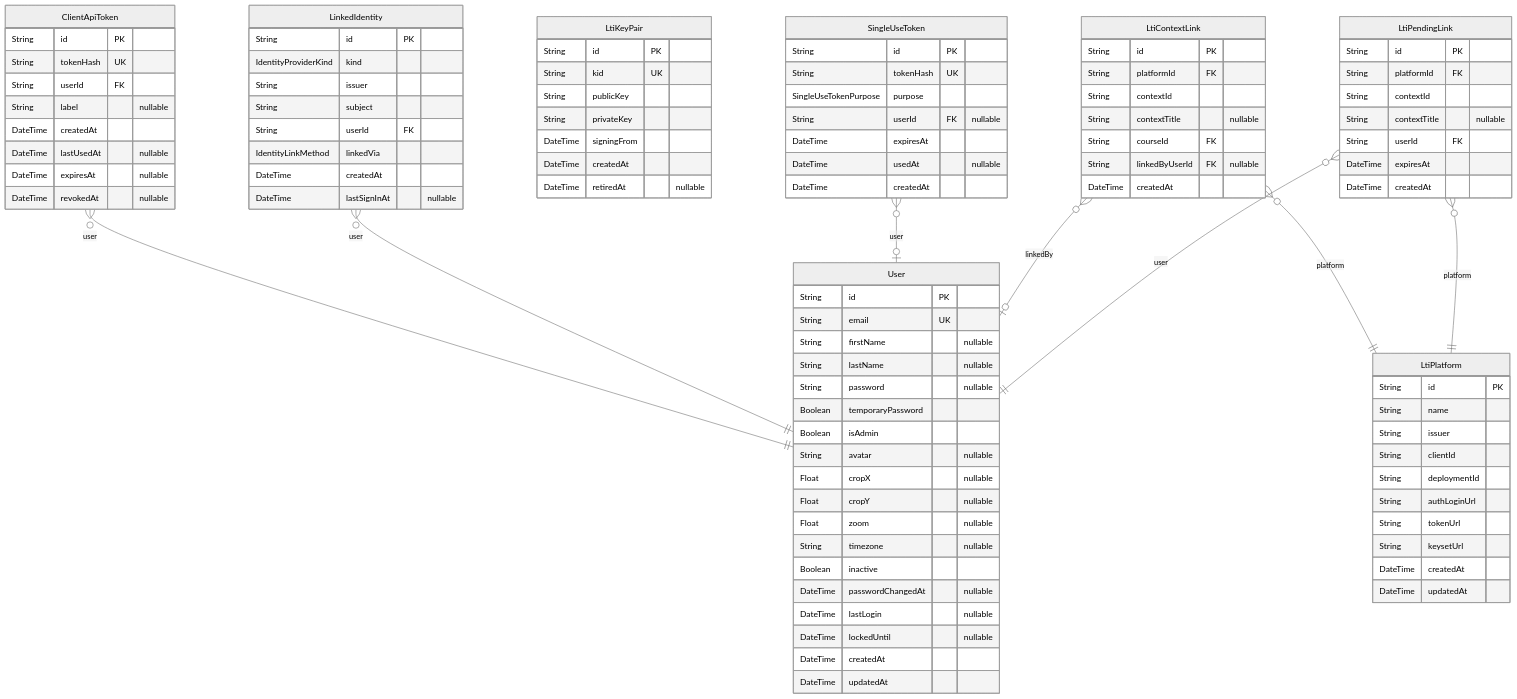
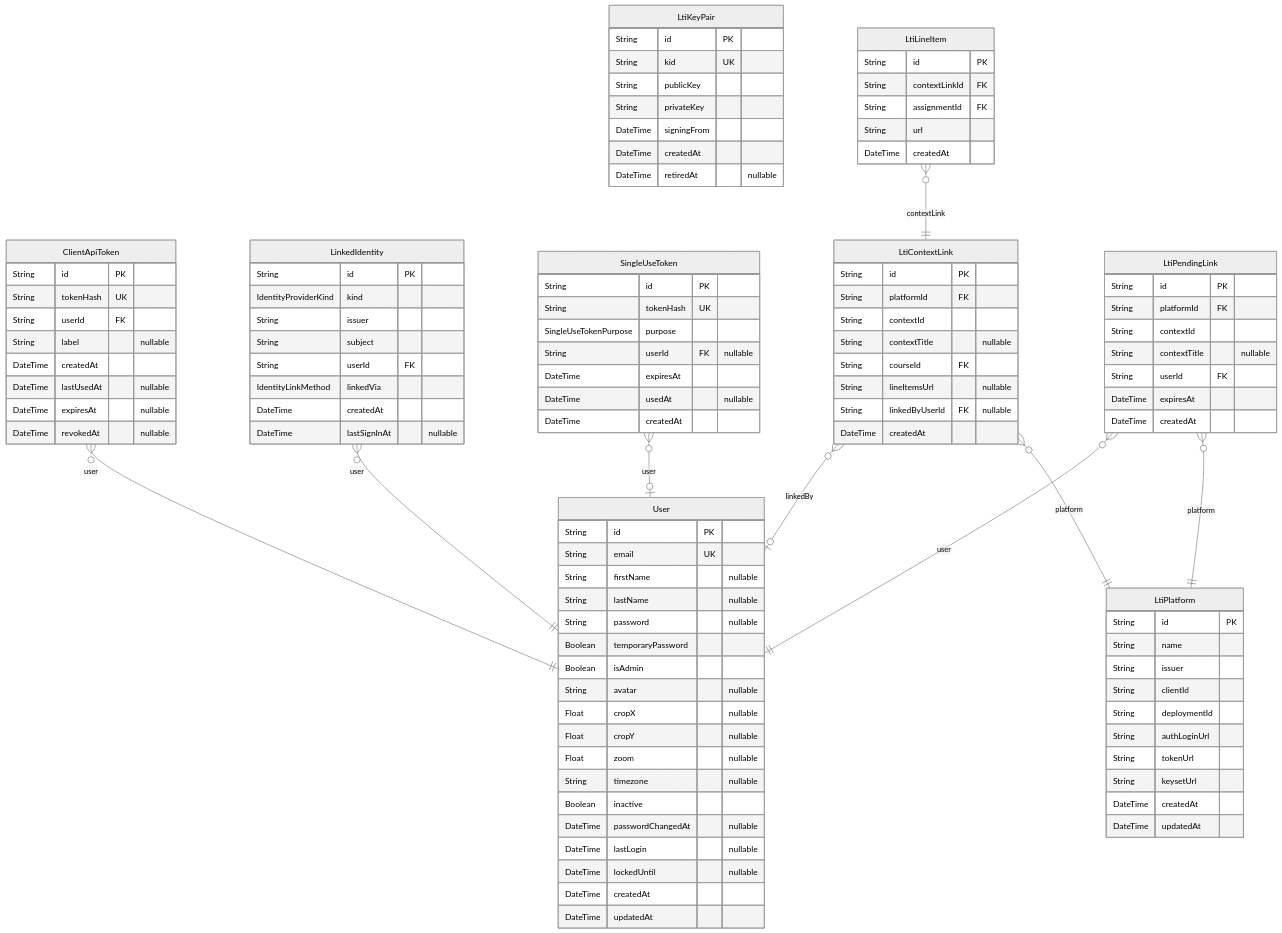
The first of 5 diagrams in docs-site/docs/reference/database-schema.md (PennStateCS/AFCT), drawn with Mermaid (neutral theme) before and after one commit. The commit also changed other lines of this file and 9 other files, not shown here.

````diff
--- a/docs-site/docs/reference/database-schema.md
+++ b/docs-site/docs/reference/database-schema.md
@@ -88,6 +88,7 @@
   String contextId
   String contextTitle "nullable"
   String courseId FK
+  String lineItemsUrl "nullable"
   String linkedByUserId FK "nullable"
   DateTime createdAt
 }
@@ -100,6 +101,13 @@
   DateTime expiresAt
   DateTime createdAt
 }
+"LtiLineItem" {
+  String id PK
+  String contextLinkId FK
+  String assignmentId FK
+  String url
+  DateTime createdAt
+}
 "ClientApiToken" }o--|| "User" : user
 "LinkedIdentity" }o--|| "User" : user
 "SingleUseToken" }o--o| "User" : user
@@ -107,4 +115,5 @@
 "LtiContextLink" }o--o| "User" : linkedBy
 "LtiPendingLink" }o--|| "LtiPlatform" : platform
 "LtiPendingLink" }o--|| "User" : user
+"LtiLineItem" }o--|| "LtiContextLink" : contextLink
 ```
````
